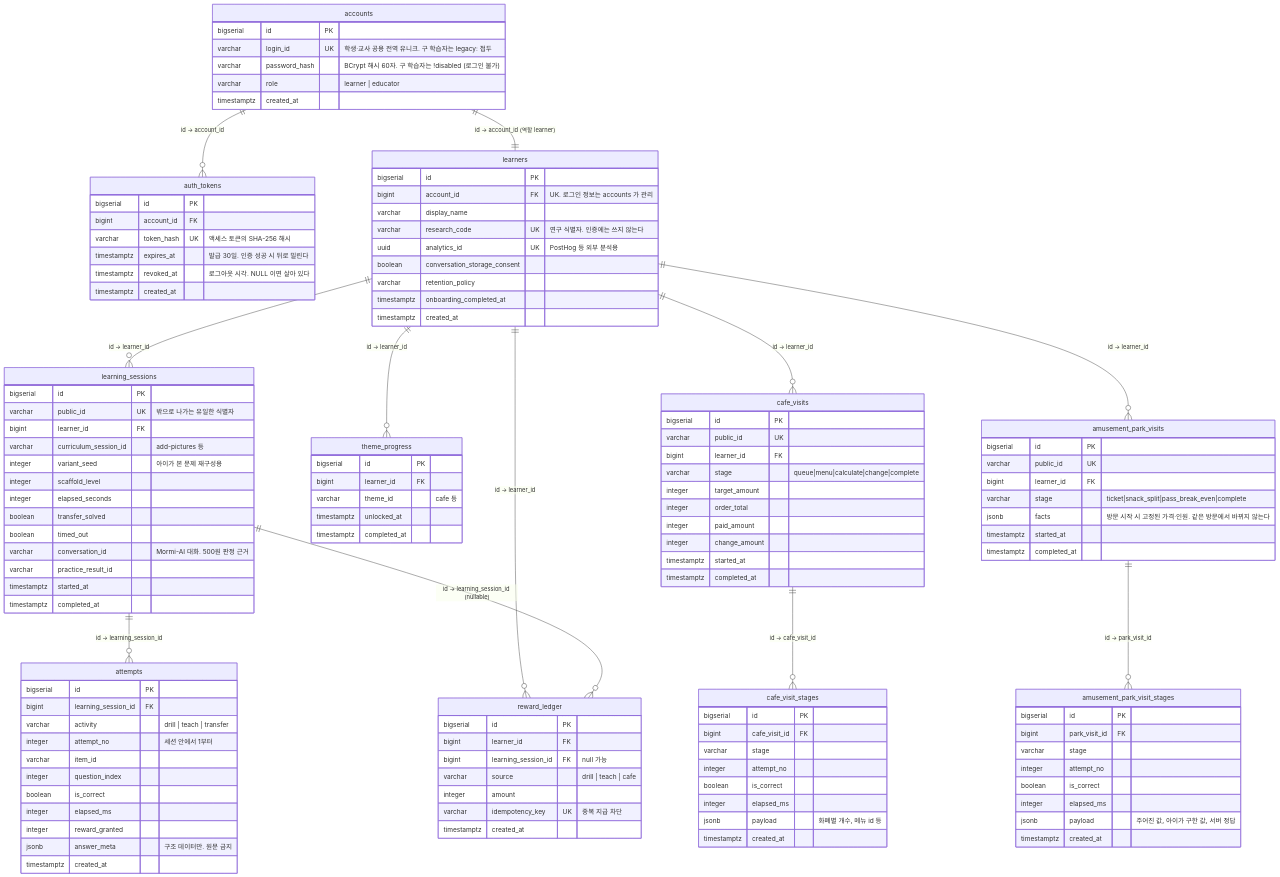
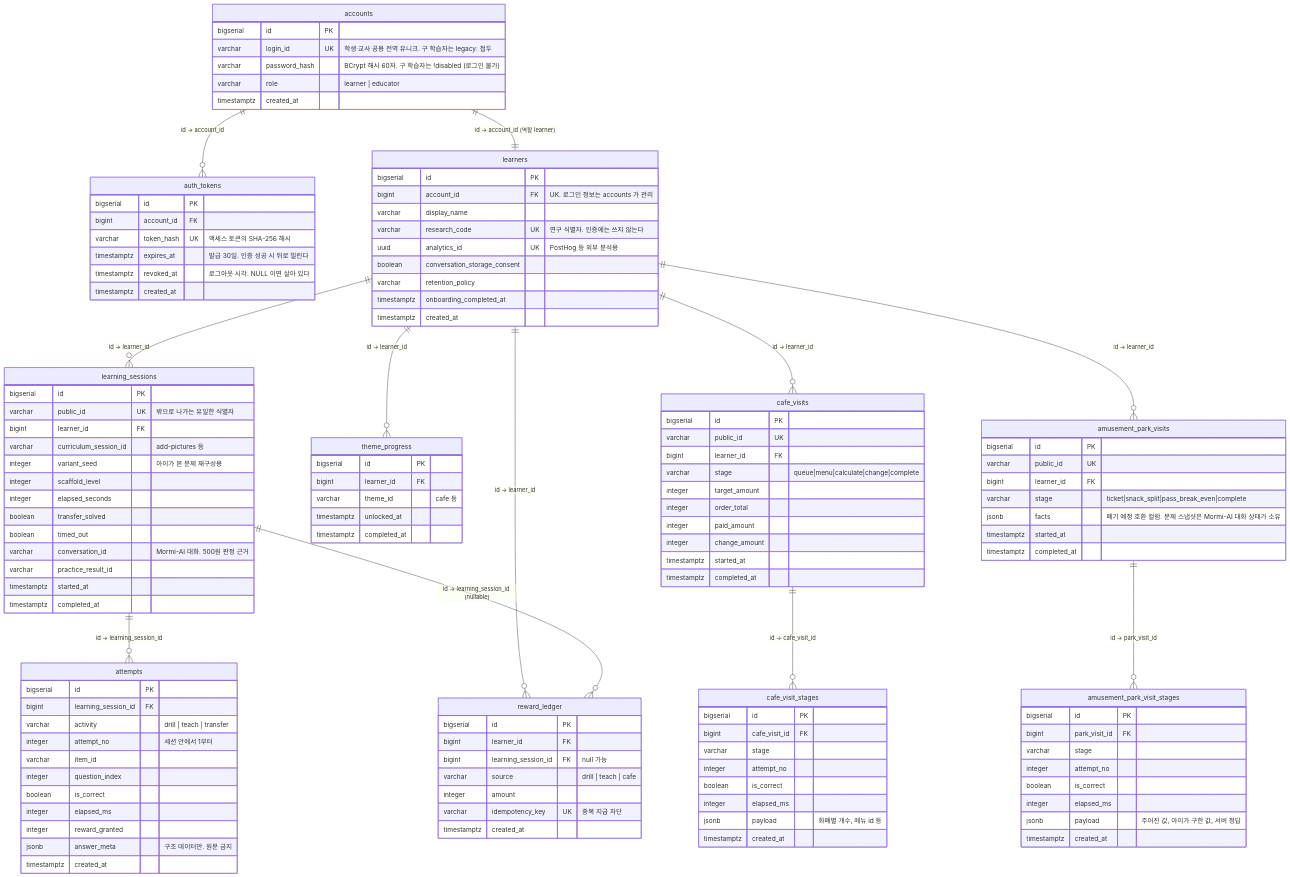
One commit to flyai-y2s2/Mormi-BE changed the first of 2 diagrams in docs/ERD.md. Above: the diagram before and after it, drawn with Mermaid. The commit also changed 18 other files, not shown here.

```diff
--- a/docs/ERD.md
+++ b/docs/ERD.md
@@ -114,7 +114,7 @@
         varchar   public_id UK
         bigint    learner_id FK
         varchar   stage "ticket|snack_split|pass_break_even|complete"
-        jsonb     facts "방문 시작 시 고정된 가격·인원. 같은 방문에서 바뀌지 않는다"
+        jsonb     facts "폐기 예정 호환 컬럼. 문제 스냅샷은 Mormi-AI 대화 상태가 소유"
         timestamptz started_at
         timestamptz completed_at
     }
```
